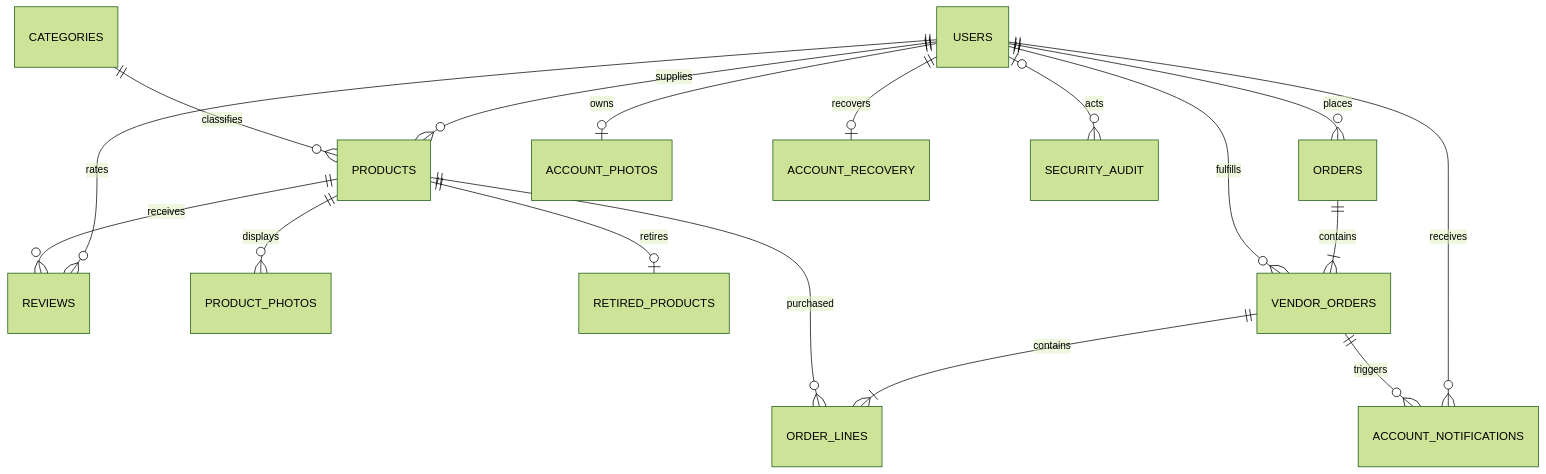
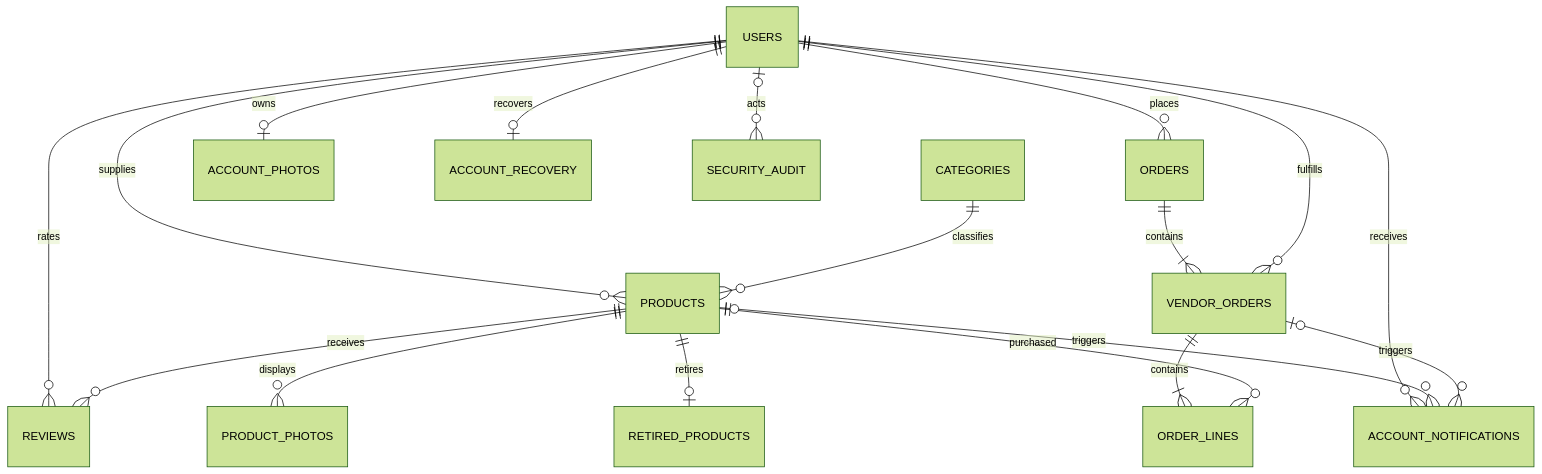
Before and after one commit to Gabbu69/Forma-Trade: the diagram in docs/data-model.md, drawn with Mermaid (forest theme). The commit also changed other lines of this file and 23 other files, not shown here.

````diff
--- a/docs/data-model.md
+++ b/docs/data-model.md
@@ -3,19 +3,20 @@
 ```mermaid
 erDiagram
     USERS ||--o{ PRODUCTS : supplies
     CATEGORIES ||--o{ PRODUCTS : classifies
     USERS ||--o{ REVIEWS : rates
     PRODUCTS ||--o{ REVIEWS : receives
     PRODUCTS ||--o{ PRODUCT_PHOTOS : displays
     PRODUCTS ||--o| RETIRED_PRODUCTS : retires
     USERS ||--o{ ORDERS : places
     ORDERS ||--|{ VENDOR_ORDERS : contains
     USERS ||--o{ VENDOR_ORDERS : fulfills
     VENDOR_ORDERS ||--|{ ORDER_LINES : contains
     PRODUCTS ||--o{ ORDER_LINES : purchased
     USERS ||--o| ACCOUNT_PHOTOS : owns
     USERS ||--o| ACCOUNT_RECOVERY : recovers
     USERS ||--o{ ACCOUNT_NOTIFICATIONS : receives
-    VENDOR_ORDERS ||--o{ ACCOUNT_NOTIFICATIONS : triggers
+    PRODUCTS o|--o{ ACCOUNT_NOTIFICATIONS : triggers
+    VENDOR_ORDERS o|--o{ ACCOUNT_NOTIFICATIONS : triggers
     USERS o|--o{ SECURITY_AUDIT : acts
 ```
````
